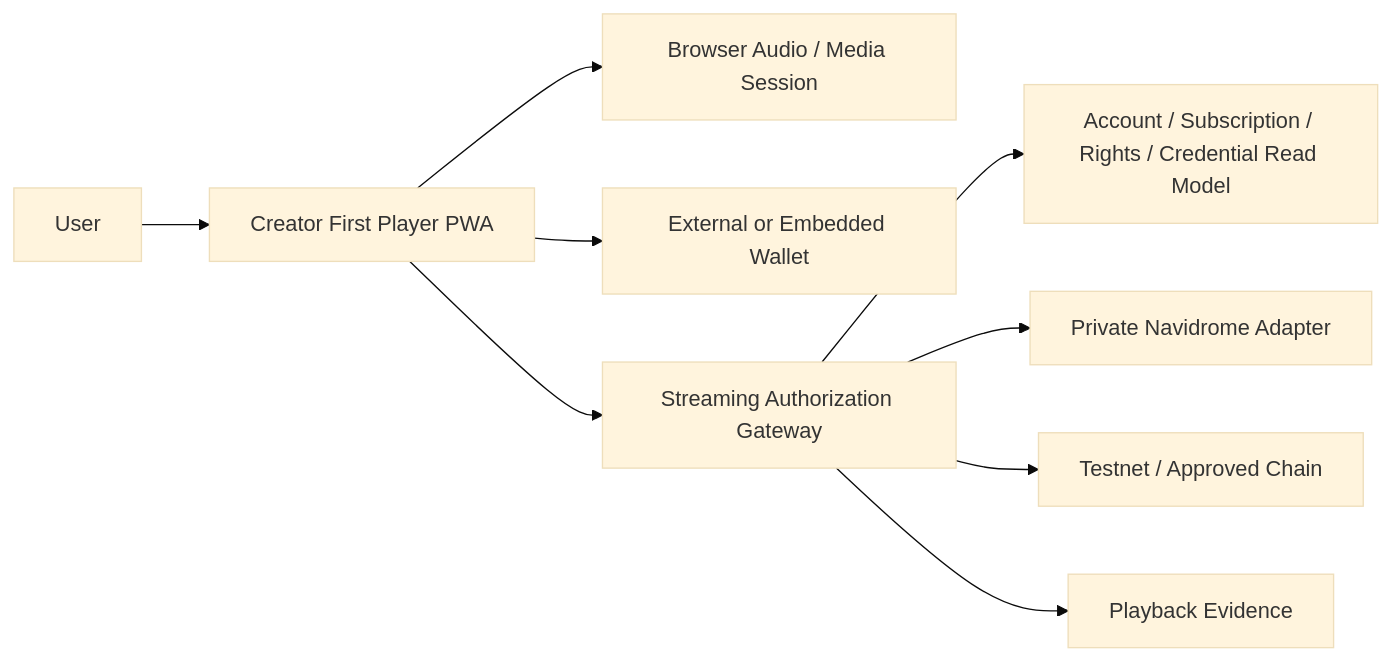
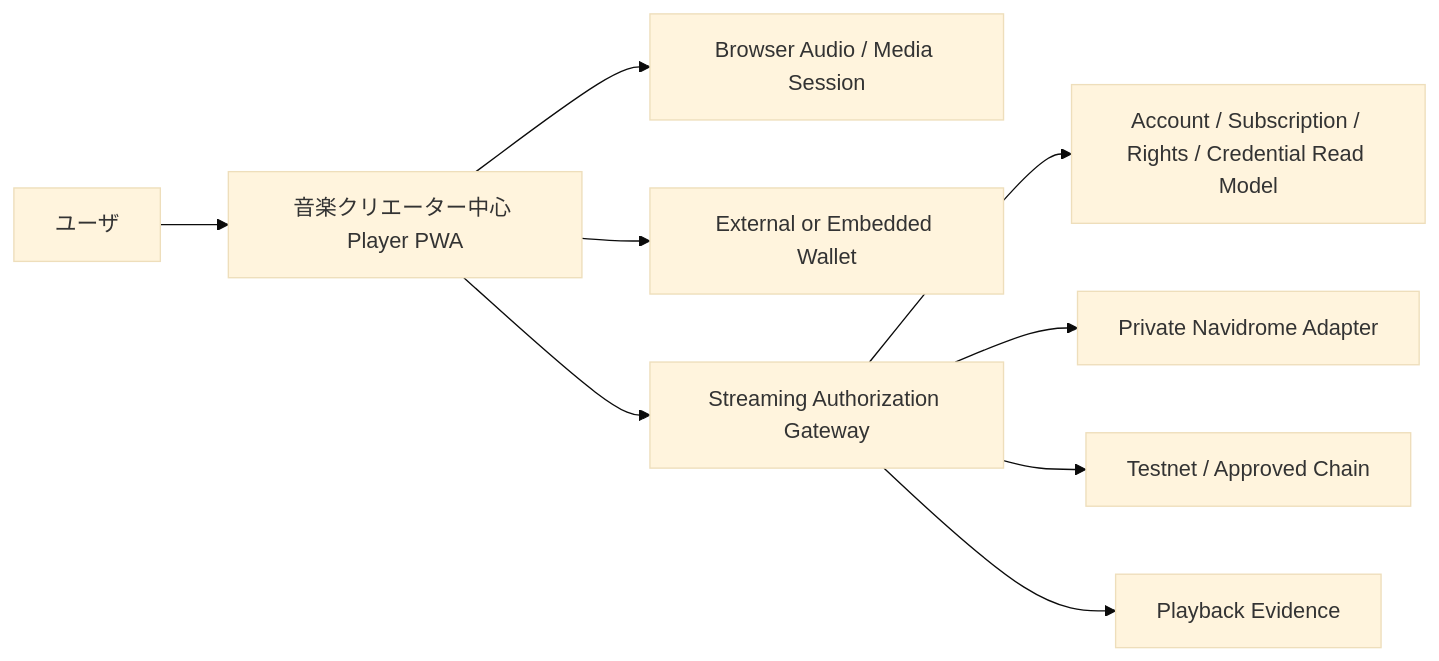
The diagram in docs/adr/ADR-0011-integrated-player-client.md (ShigeichiroYamasaki/creator-first-platform), drawn with Mermaid (base theme) before and after one commit. The commit also changed other lines of this file and 67 other files, not shown here.

````diff
--- a/docs/adr/ADR-0011-integrated-player-client.md
+++ b/docs/adr/ADR-0011-integrated-player-client.md
@@ -27,21 +27,21 @@
 ```mermaid
 flowchart LR
-    USER[User]
-    PLAYER[Creator First Player PWA]
+    USER[ユーザ]
+    PLAYER[音楽クリエーター中心 Player PWA]
     AUDIO[Browser Audio / Media Session]
     WALLET[External or Embedded Wallet]
     GATEWAY[Streaming Authorization Gateway]
     READ[Account / Subscription / Rights / Credential Read Model]
     NAVI[Private Navidrome Adapter]
     CHAIN[Testnet / Approved Chain]
     EVIDENCE[Playback Evidence]
 
     USER --> PLAYER
     PLAYER --> AUDIO
     PLAYER --> WALLET
     PLAYER --> GATEWAY
     GATEWAY --> READ
     GATEWAY --> NAVI
     GATEWAY --> CHAIN
     GATEWAY --> EVIDENCE
 ```
````
